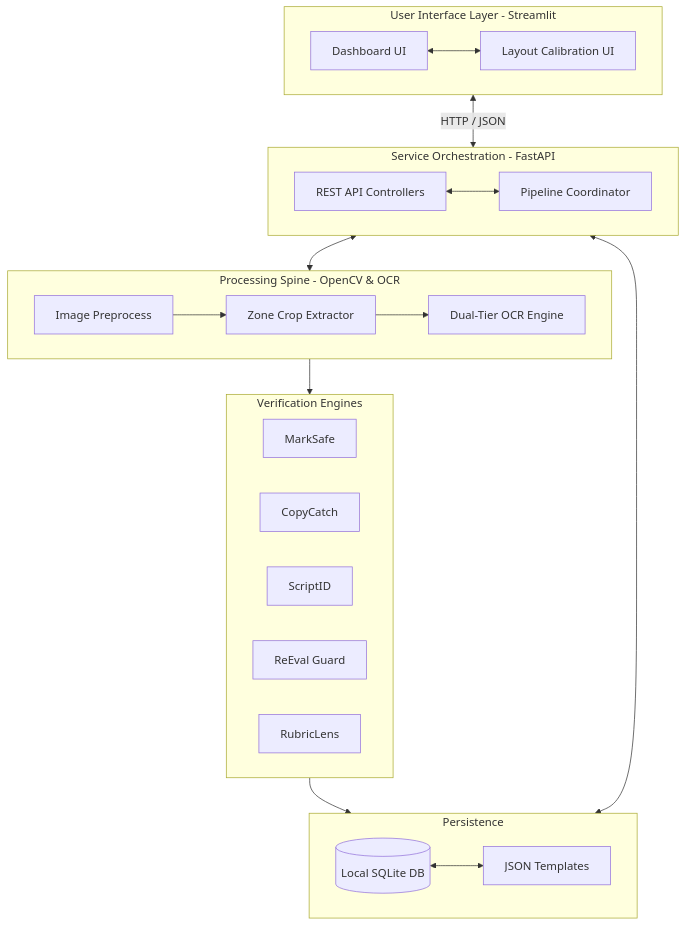
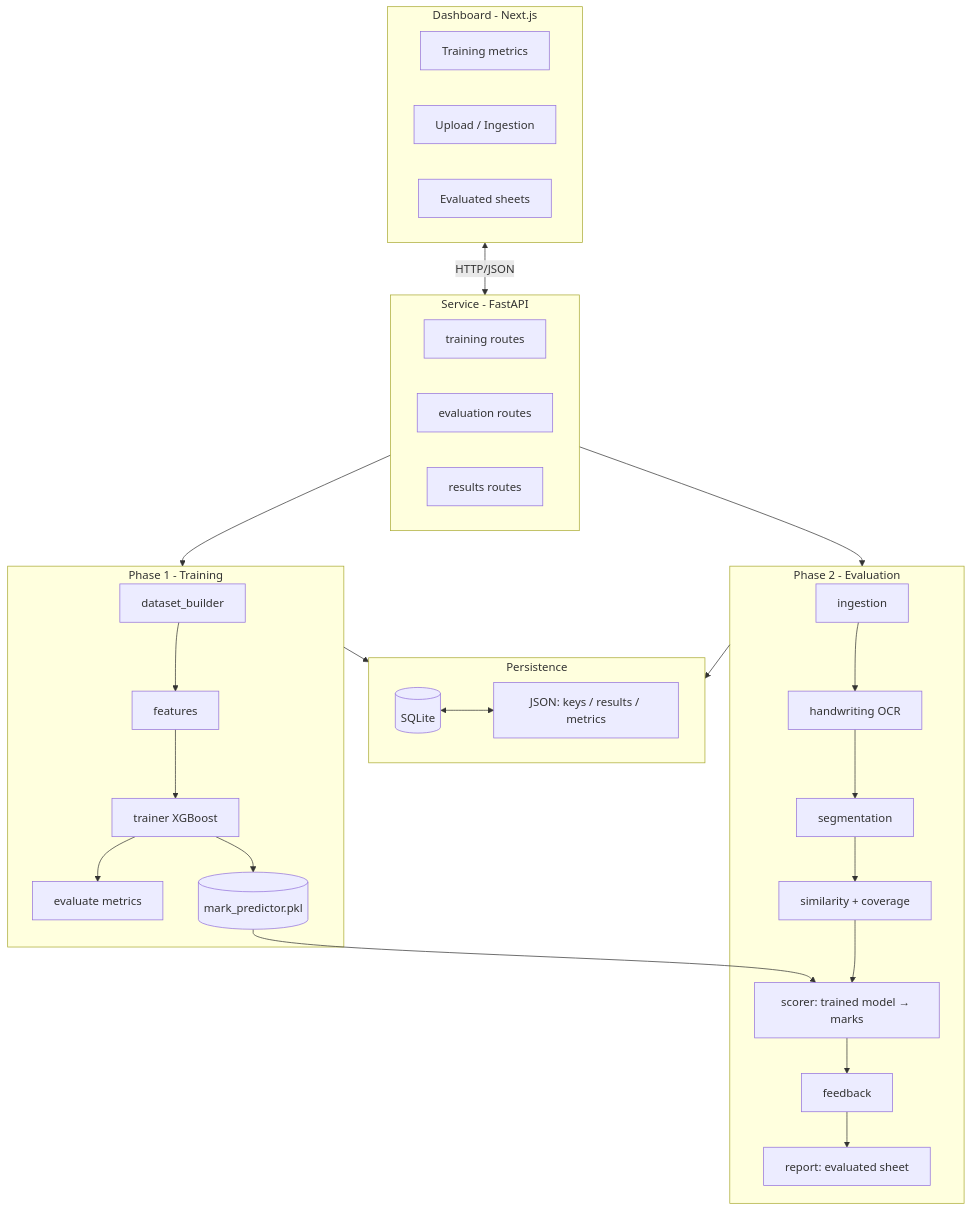
Before and after one commit to aishwaryaV007/E-Shield: the diagram in docs/ARCHITECTURE.md, drawn with Mermaid. The commit also changed other lines of this file and 134 other files, not shown here.

````diff
--- a/docs/ARCHITECTURE.md
+++ b/docs/ARCHITECTURE.md
@@ -12,29 +14,27 @@
 ```mermaid
 graph TD
-    subgraph UI_Layer [User Interface Layer - Streamlit]
-        A[Dashboard UI] <--> B[Layout Calibration UI]
+    subgraph UI [Dashboard - Next.js]
+        A[Training metrics] & B[Upload / Ingestion] & C[Evaluated sheets]
     end
-    
-    subgraph Service_Layer [Service Orchestration - FastAPI]
-        C[REST API Controllers] <--> D[Pipeline Coordinator]
+    subgraph API [Service - FastAPI]
+        D[training routes] & E[evaluation routes] & F[results routes]
     end
-    
-    subgraph Core_Pipeline [Processing Spine - OpenCV & OCR]
-        E[Image Preprocess] --> F[Zone Crop Extractor]
-        F --> G[Dual-Tier OCR Engine]
+    subgraph P1 [Phase 1 - Training]
+        G[dataset_builder] --> H[features] --> I[trainer XGBoost] --> J[evaluate metrics]
+        I --> K[(mark_predictor.pkl)]
     end
-    
-    subgraph Analytics_Layer [Verification Engines]
-        H[MarkSafe] & I[CopyCatch] & J[ScriptID] & K[ReEval Guard] & L[RubricLens]
+    subgraph P2 [Phase 2 - Evaluation]
+        L[ingestion] --> M[handwriting OCR] --> N[segmentation] --> O[similarity + coverage]
+        O --> Q[scorer: trained model → marks]
+        K --> Q
+        Q --> R[feedback] --> S[report: evaluated sheet]
     end
-    
-    subgraph Storage_Layer [Persistence]
-        M[(Local SQLite DB)] <--> N[JSON Templates]
+    subgraph DB [Persistence]
+        T[(SQLite)] <--> U[JSON: keys / results / metrics]
     end
-    
-    UI_Layer <-->|HTTP / JSON| Service_Layer
-    Service_Layer <--> Core_Pipeline
-    Core_Pipeline --> Analytics_Layer
-    Analytics_Layer --> Storage_Layer
-    Service_Layer <--> Storage_Layer
+    UI <-->|HTTP/JSON| API
+    API --> P1
+    API --> P2
+    P1 --> DB
+    P2 --> DB
 ```
````
